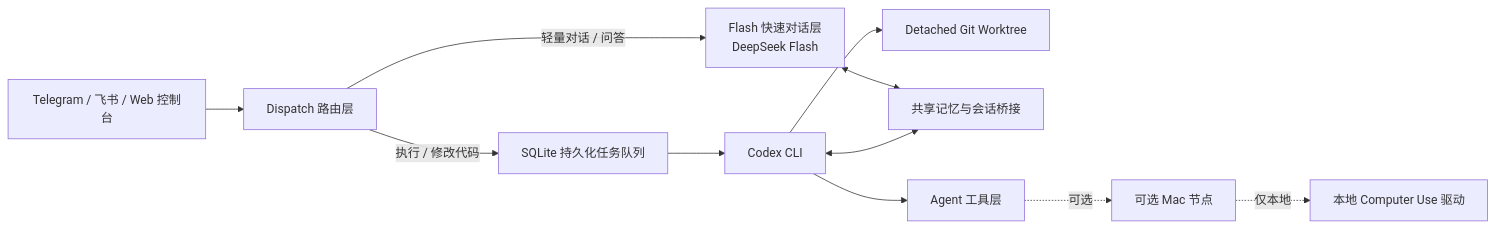
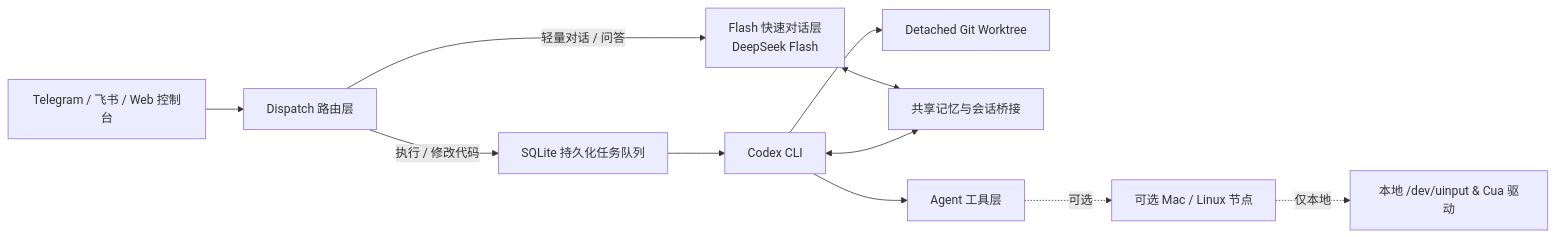
One commit to mammut001/Conveyor changed the diagram in README.zh.md. Above: the diagram before and after it, drawn with Mermaid. The commit also changed other lines of this file and 1 other file, not shown here.

````diff
--- a/README.zh.md
+++ b/README.zh.md
@@ -156,24 +174,24 @@
 ```mermaid
 flowchart LR
     User[Telegram / 飞书 / Web 控制台]
     Router[Dispatch 路由层]
     Chat[Flash 快速对话层<br/>DeepSeek Flash]
     Queue[SQLite 持久化任务队列]
     Codex[Codex CLI]
     WT[Detached Git Worktree]
     Bridge[共享记忆与会话桥接]
     Tools[Agent 工具层]
-    Node[可选 Mac 节点]
-    CUA[本地 Computer Use 驱动]
+    Node[可选 Mac / Linux 节点]
+    CUA[本地 /dev/uinput & Cua 驱动]
 
     User --> Router
     Router -->|轻量对话 / 问答| Chat
     Router -->|执行 / 修改代码| Queue
     Queue --> Codex
     Codex --> WT
     Codex --> Tools
     Chat <--> Bridge
     Codex <--> Bridge
     Tools -. 可选 .-> Node
     Node -. 仅本地 .-> CUA
 ```
````
